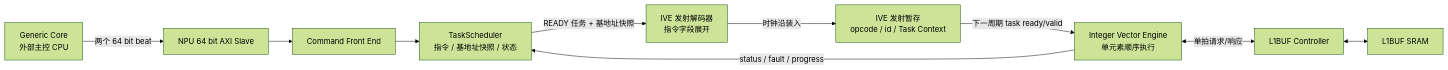
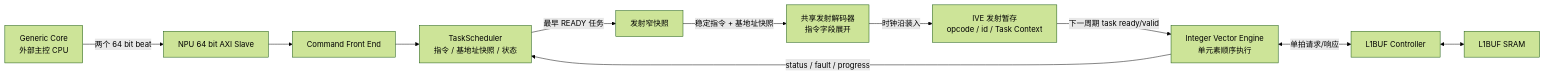
The eighth of 19 diagrams in NPU/NPU 指令与硬件架构设计 Spec.md (Little-W/Obsidian), drawn with Mermaid (forest theme) before and after one commit. The commit also changed other lines of this file and 90 other files, not shown here.

````diff
--- a/NPU/NPU 指令与硬件架构设计 Spec.md
+++ b/NPU/NPU 指令与硬件架构设计 Spec.md
@@ -3003,22 +3064,24 @@
 ```mermaid
 flowchart LR
     GC["Generic Core<br/>外部主控 CPU"]
     AXIS["NPU 64 bit AXI Slave"]
     CFE["Command Front End"]
     TS["TaskScheduler<br/>指令 / 基地址快照 / 状态"]
-    DEC["IVE 发射解码器<br/>指令字段展开"]
+    SNAP["发射窄快照"]
+    DEC["共享发射解码器<br/>指令字段展开"]
     STG["IVE 发射暂存<br/>opcode / id / Task Context"]
     IVE["Integer Vector Engine<br/>单元素顺序执行"]
     L1C["L1BUF Controller"]
     L1["L1BUF SRAM"]
 
     GC -->|"两个 64 bit beat"| AXIS
     AXIS --> CFE
     CFE --> TS
-    TS -->|"READY 任务 + 基地址快照"| DEC
+    TS -->|"最早 READY 任务"| SNAP
+    SNAP -->|"稳定指令 + 基地址快照"| DEC
     DEC -->|"时钟沿装入"| STG
     STG -->|"下一周期 task ready/valid"| IVE
     IVE <-->|"单拍请求/响应"| L1C
     L1C <--> L1
     IVE -->|"status / fault / progress"| TS
 ```
````
